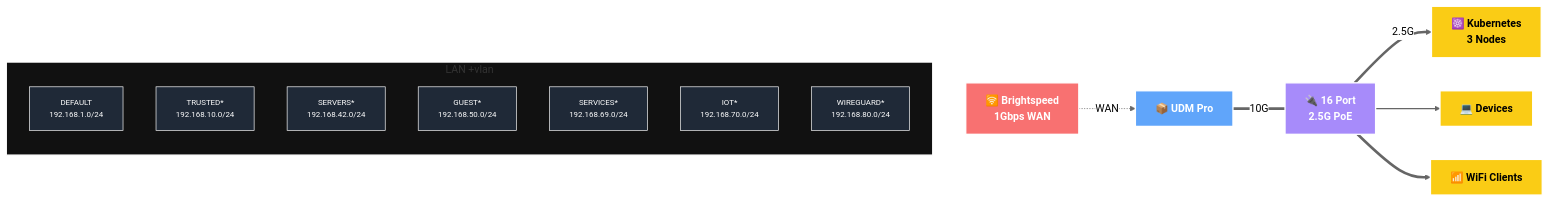
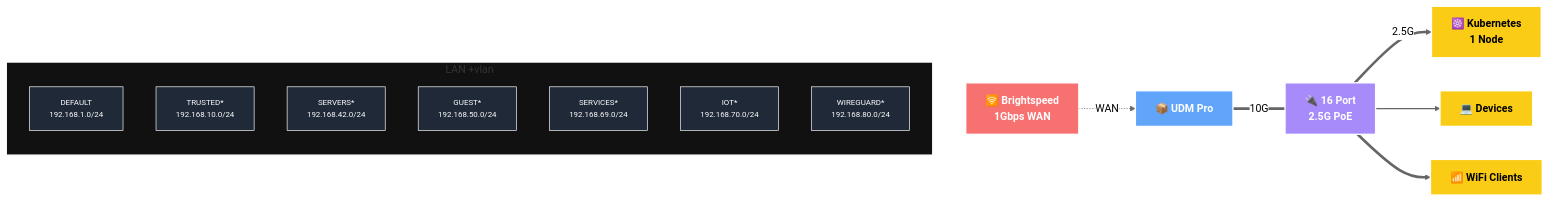
One commit to caycehouse/home-ops changed the second of 2 diagrams in README.md. Above: the diagram before and after it, drawn with Mermaid (neutral theme). The commit also changed other lines of this file and 95 other files, not shown here.

````diff
--- a/README.md
+++ b/README.md
@@ -101,46 +99,46 @@
 ```mermaid
 graph LR
     %% Class Definitions
     classDef isp fill:#f87171,stroke:#fff,stroke-width:2px,color:#fff,font-weight:bold;
     classDef core fill:#60a5fa,stroke:#fff,stroke-width:2px,color:#fff,font-weight:bold;
     classDef switch fill:#a78bfa,stroke:#fff,stroke-width:2px,color:#fff,font-weight:bold;
     classDef device fill:#facc15,stroke:#fff,stroke-width:2px,color:#000,font-weight:bold;
     classDef vlan fill:#1f2937,stroke:#fff,stroke-width:1px,color:#fff,font-size:12px;
 
     %% Nodes
     ISP[🛜 Brightspeed<br/>1Gbps WAN]:::isp
     UDM[📦 UDM Pro]:::core
-    K8s[☸️ Kubernetes<br/>3 Nodes]:::device
+    K8s[☸️ Kubernetes<br/>1 Node]:::device
     USW[🔌 16 Port<br/>2.5G PoE]:::switch
     DEV[💻 Devices]:::device
     WIFI[📶 WiFi Clients]:::device
 
     %% Subgraph for VLANs
     subgraph VLANs [LAN +vlan]
         direction TB
         DEFAULT[DEFAULT<br/>192.168.1.0/24]:::vlan
         TRUSTED[TRUSTED*<br/>192.168.10.0/24]:::vlan
         SERVERS[SERVERS*<br/>192.168.42.0/24]:::vlan
         GUEST[GUEST*<br/>192.168.50.0/24]:::vlan
         SERVICES[SERVICES*<br/>192.168.69.0/24]:::vlan
         IOT[IOT*<br/>192.168.70.0/24]:::vlan
         WIREGUARD[WIREGUARD*<br/>192.168.80.0/24]:::vlan
     end
 
     style VLANs fill:#111,stroke:#fff,stroke-width:2px,rx:0,ry:0,padding:20px;
 
     %% Links
     SERVERS -.-> ISP
     ISP -.->|WAN| UDM
     UDM -- 10G --- USW
     USW -- 2.5G --> K8s
     USW --> DEV
     USW --> WIFI
 
     %% Keep SERVERS->ISP as a hidden layout constraint and style bonded links thicker
     linkStyle 0 stroke:transparent,stroke-width:0px,color:transparent;
     linkStyle 2 stroke-width:4px;
     linkStyle 3 stroke-width:4px;
     linkStyle 4 stroke-width:2px;
     linkStyle 5 stroke-width:4px;
 ```
````
